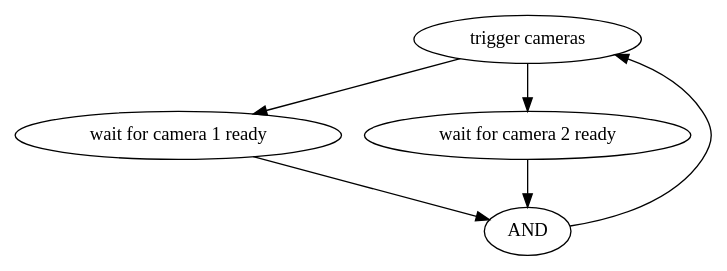
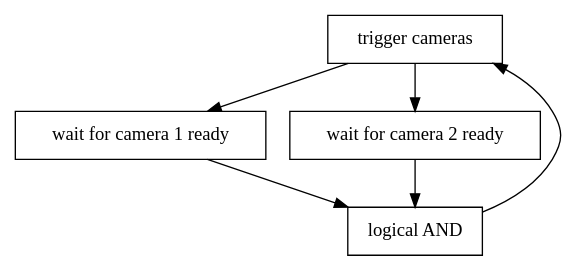
The first of 2 diagrams in docs/operating/cameras.md (scexao-org/vampires_control), drawn with Graphviz before and after one commit. The commit also changed other lines of this file and 34 other files, not shown here.

````diff
--- a/docs/operating/cameras.md
+++ b/docs/operating/cameras.md
@@ -94,10 +133,11 @@
 ```{graphviz}
 digraph {
+    node [shape=box]
     "trigger cameras" -> {
         "wait for camera 1 ready";
         "wait for camera 2 ready";
-    } -> 
-    "AND" ->
+    } ->
+    "logical AND" ->
     "trigger cameras";
 }
 ```
````
